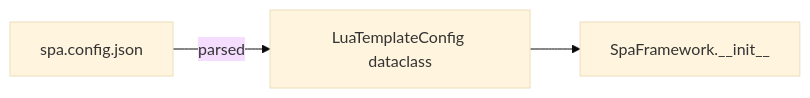
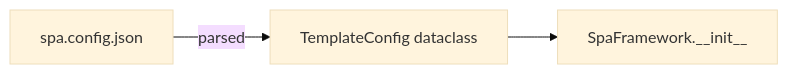
One commit to roderiano/lua-spa changed the diagram in docs/docs/api/config.md. Above: the diagram before and after it, drawn with Mermaid (base theme). The commit also changed other lines of this file and 90 other files, not shown here.

````diff
--- a/docs/docs/api/config.md
+++ b/docs/docs/api/config.md
@@ -70,5 +70,5 @@
 ```mermaid
 flowchart LR
-    A["spa.config.json"] -->|parsed| B[LuaTemplateConfig dataclass]
+    A["spa.config.json"] -->|parsed| B[TemplateConfig dataclass]
     B --> C[SpaFramework.__init__]
 ```
````
